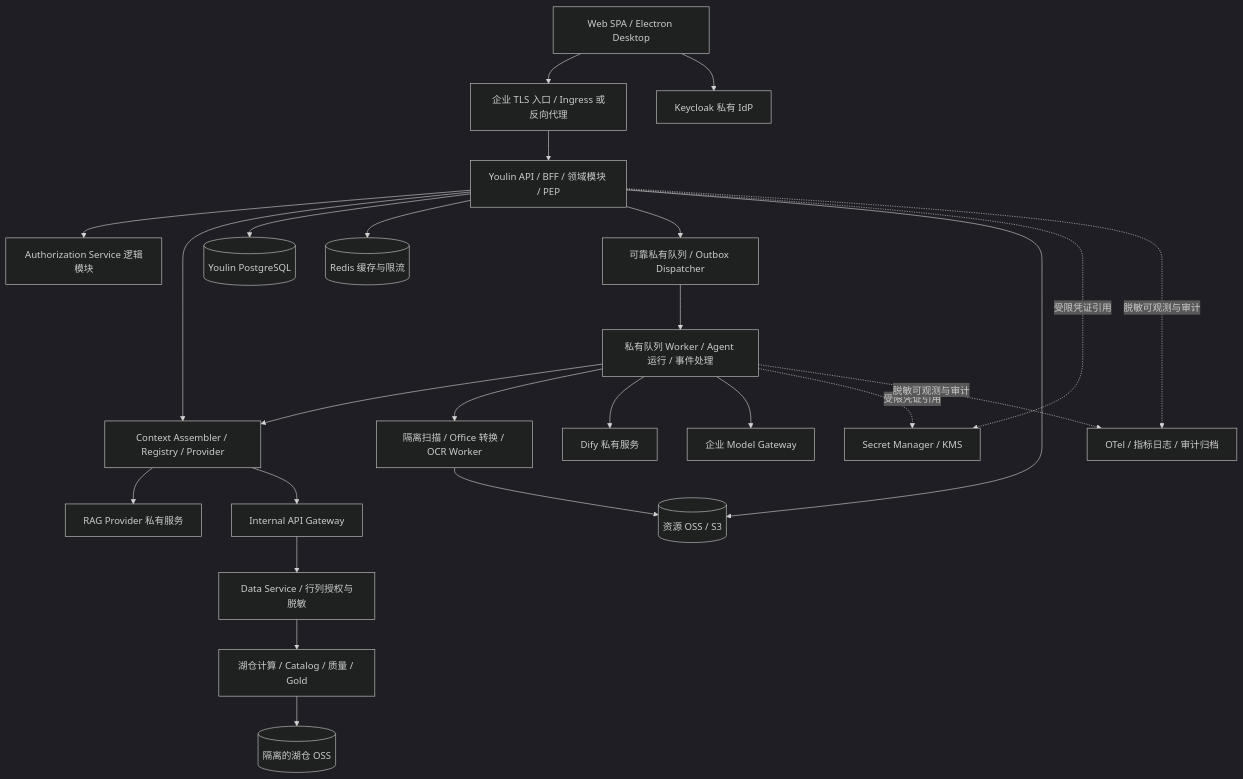
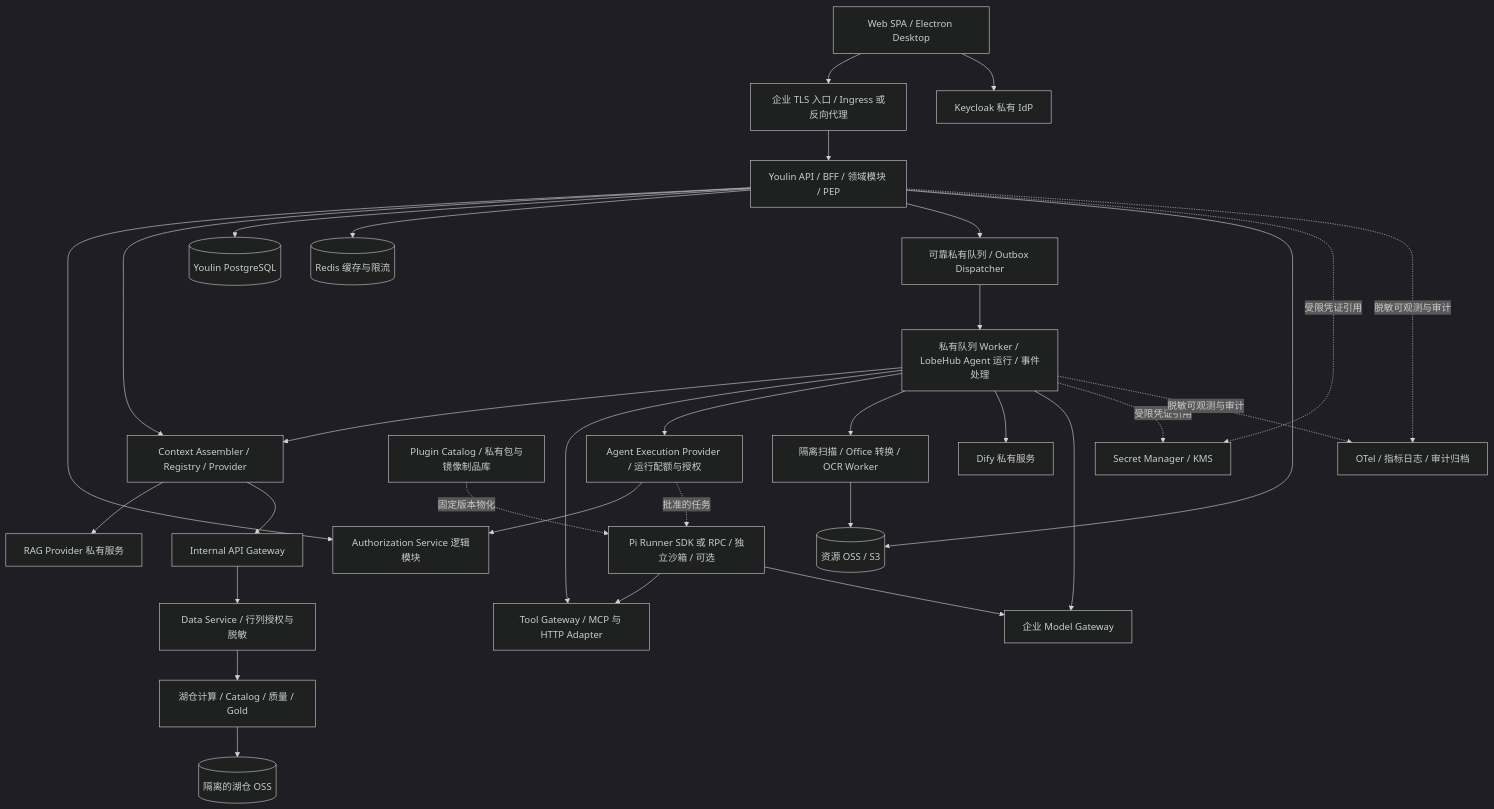
One commit to bestNiu/lobe-chat changed the third of 3 diagrams in docs/youlin-enterprise-ai-platform/18-application-and-technical-architecture.md. Above: the diagram before and after it, drawn with Mermaid (dark theme). The commit also changed other lines of this file and 8 other files, not shown here.

````diff
--- a/docs/youlin-enterprise-ai-platform/18-application-and-technical-architecture.md
+++ b/docs/youlin-enterprise-ai-platform/18-application-and-technical-architecture.md
@@ -257,49 +332,60 @@
 ```mermaid
 flowchart TB
   CLIENT[Web SPA / Electron Desktop]
   EDGE[企业 TLS 入口 / Ingress 或反向代理]
   KC[Keycloak 私有 IdP]
   API[Youlin API / BFF / 领域模块 / PEP]
   PDP[Authorization Service 逻辑模块]
   CTX[Context Assembler / Registry / Provider]
-  WORKER[私有队列 Worker / Agent 运行 / 事件处理]
+  WORKER[私有队列 Worker / LobeHub Agent 运行 / 事件处理]
+  TG[Tool Gateway / MCP 与 HTTP Adapter]
+  EX[Agent Execution Provider / 运行配额与授权]
+  PI[Pi Runner SDK 或 RPC / 独立沙箱 / 可选]
+  PKG[Plugin Catalog / 私有包与镜像制品库]
   SANDBOX[隔离扫描 / Office 转换 / OCR Worker]
   PG[(Youlin PostgreSQL)]
   REDIS[(Redis 缓存与限流)]
   QUEUE[可靠私有队列 / Outbox Dispatcher]
   OSS[(资源 OSS / S3)]
   RAG[RAG Provider 私有服务]
   DIFY[Dify 私有服务]
   MODEL[企业 Model Gateway]
   IGW[Internal API Gateway]
   DS[Data Service / 行列授权与脱敏]
   LAKE[湖仓计算 / Catalog / 质量 / Gold]
   LOSS[(隔离的湖仓 OSS)]
   SEC[Secret Manager / KMS]
   OBS[OTel / 指标日志 / 审计归档]
 
   CLIENT --> EDGE
   CLIENT --> KC
   EDGE --> API
   API --> PDP
   API --> CTX
   API --> PG
   API --> REDIS
   API --> QUEUE
   QUEUE --> WORKER
   WORKER --> CTX
+  WORKER --> TG
+  WORKER --> EX
+  EX --> PDP
+  EX -.批准的任务.-> PI
+  PKG -.固定版本物化.-> PI
+  PI --> TG
+  PI --> MODEL
   WORKER --> SANDBOX
   SANDBOX --> OSS
   API --> OSS
   CTX --> RAG
   WORKER --> DIFY
   WORKER --> MODEL
   CTX --> IGW
   IGW --> DS
   DS --> LAKE
   LAKE --> LOSS
   API -.受限凭证引用.-> SEC
   WORKER -.受限凭证引用.-> SEC
   API -.脱敏可观测与审计.-> OBS
   WORKER -.脱敏可观测与审计.-> OBS
 ```
````
